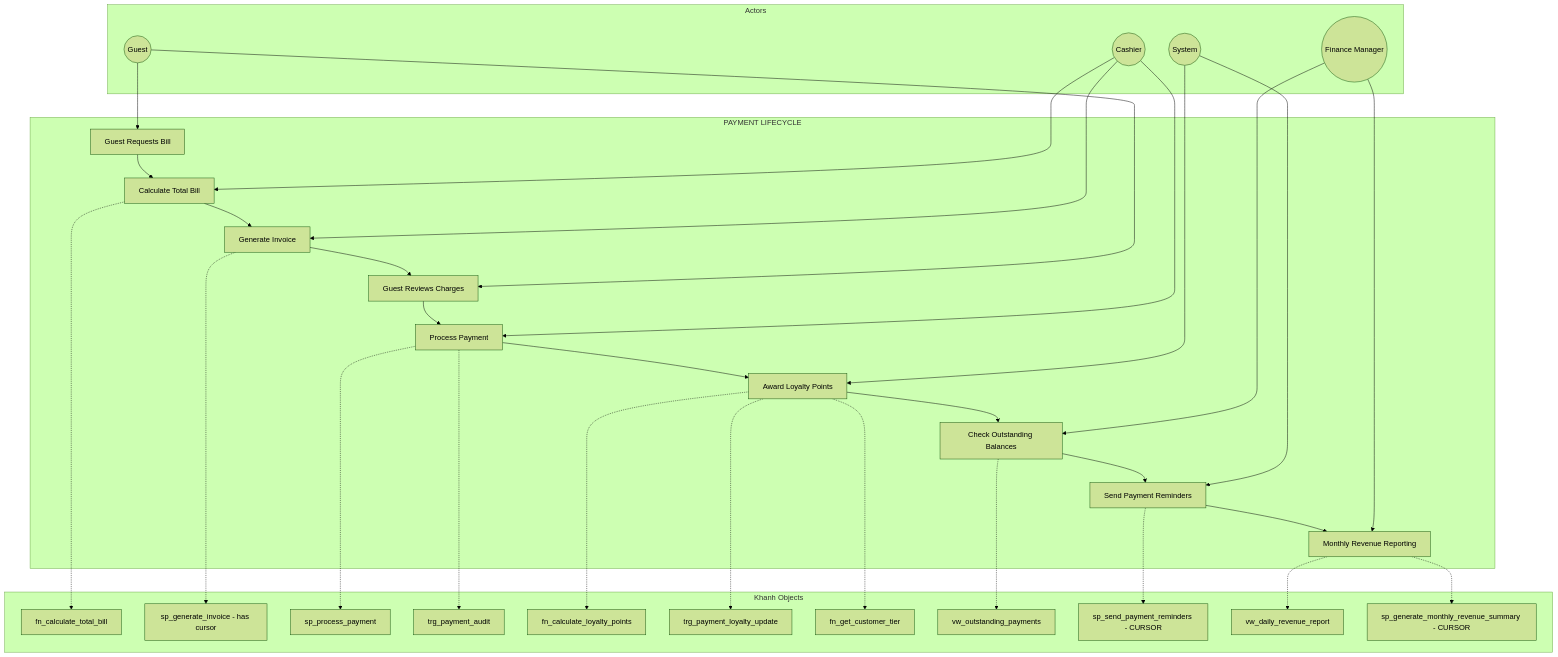
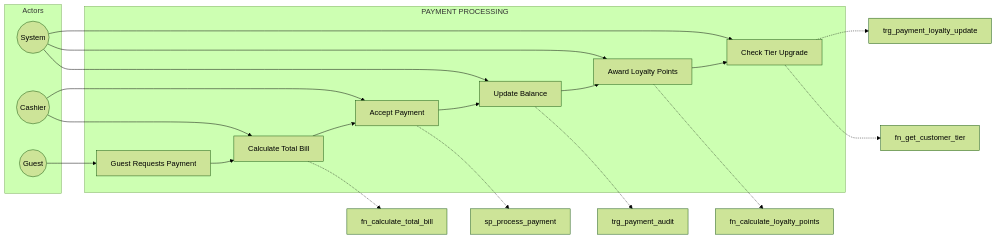
One commit to LoudlyDawn2108/FantasticHotel changed the fourth of 15 diagrams in MEMBER_BUSINESS_PROCESS_VERIFICATION.md. Above: the diagram before and after it, drawn with Mermaid (forest theme). The commit also changed other lines of this file, not shown here.

Commit message:
docs: Replace single high-level business process descriptions with multiple detailed processes per team member.

````diff
--- a/MEMBER_BUSINESS_PROCESS_VERIFICATION.md
+++ b/MEMBER_BUSINESS_PROCESS_VERIFICATION.md
@@ -84,44 +179,30 @@
 ```mermaid
-flowchart TB
-    subgraph "Actors"
+flowchart LR
+    subgraph Actors
         A1((Guest))
         A2((Cashier))
-        A3((Finance Manager))
-        A4((System))
+        A3((System))
     end
     
-    subgraph "PAYMENT LIFECYCLE"
-        A[Guest Requests Bill] --> B[Calculate Total Bill]
-        B --> C[Generate Invoice]
-        C --> D[Guest Reviews Charges]
-        D --> E[Process Payment]
-        E --> F[Award Loyalty Points]
-        F --> G[Check Outstanding Balances]
-        G --> H[Send Payment Reminders]
-        H --> I[Monthly Revenue Reporting]
+    subgraph "PAYMENT PROCESSING"
+        S1[Guest Requests Payment] --> S2[Calculate Total Bill]
+        S2 --> S3[Accept Payment]
+        S3 --> S4[Update Balance]
+        S4 --> S5[Award Loyalty Points]
+        S5 --> S6[Check Tier Upgrade]
     end
     
-    subgraph "Khanh Objects"
-        B -.-> FN1[fn_calculate_total_bill]
-        C -.-> SP2[sp_generate_invoice - has cursor]
-        E -.-> SP1[sp_process_payment]
-        E -.-> TR2[trg_payment_audit]
-        F -.-> FN2[fn_calculate_loyalty_points]
-        F -.-> TR1[trg_payment_loyalty_update]
-        F -.-> FN3[fn_get_customer_tier]
-        G -.-> VW2[vw_outstanding_payments]
-        H -.-> CUR1[sp_send_payment_reminders - CURSOR]
-        I -.-> VW1[vw_daily_revenue_report]
-        I -.-> CUR2[sp_generate_monthly_revenue_summary - CURSOR]
-    end
+    A1 --> S1
+    A2 --> S2
+    A2 --> S3
+    A3 --> S4
+    A3 --> S5
+    A3 --> S6
     
-    A1 --> A
-    A2 --> B
-    A2 --> C
-    A1 --> D
-    A2 --> E
-    A4 --> F
-    A3 --> G
-    A4 --> H
-    A3 --> I
+    S2 -.-> O1[fn_calculate_total_bill]
+    S3 -.-> O2[sp_process_payment]
+    S4 -.-> O3[trg_payment_audit]
+    S5 -.-> O4[fn_calculate_loyalty_points]
+    S6 -.-> O5[trg_payment_loyalty_update]
+    S6 -.-> O6[fn_get_customer_tier]
 ```
````
